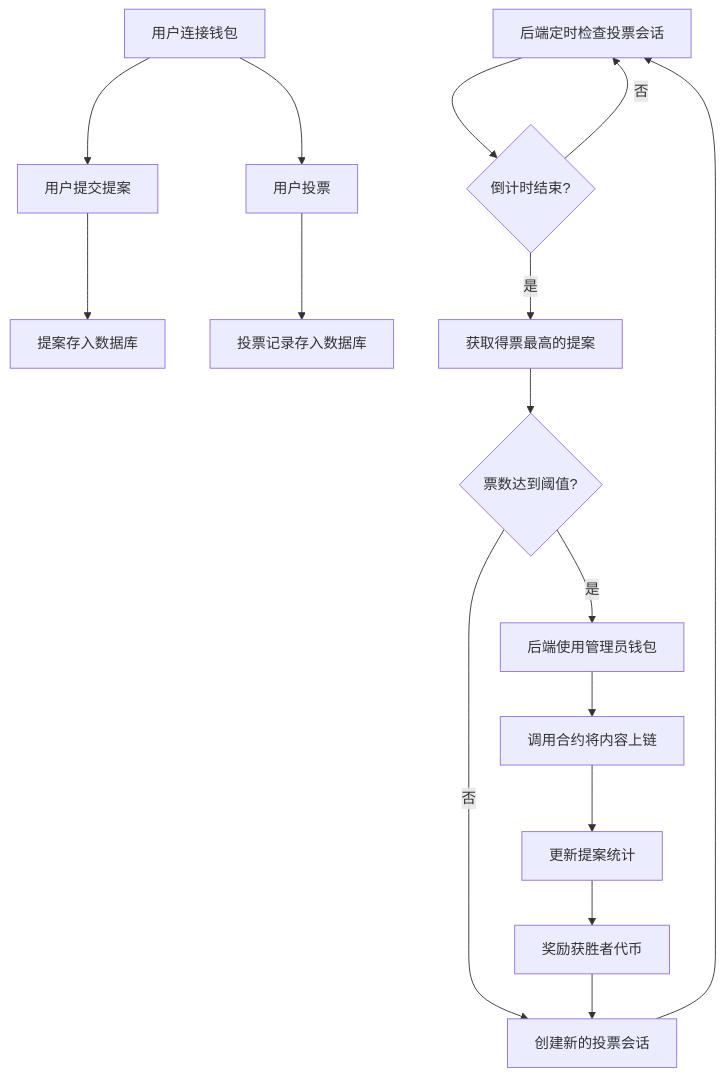
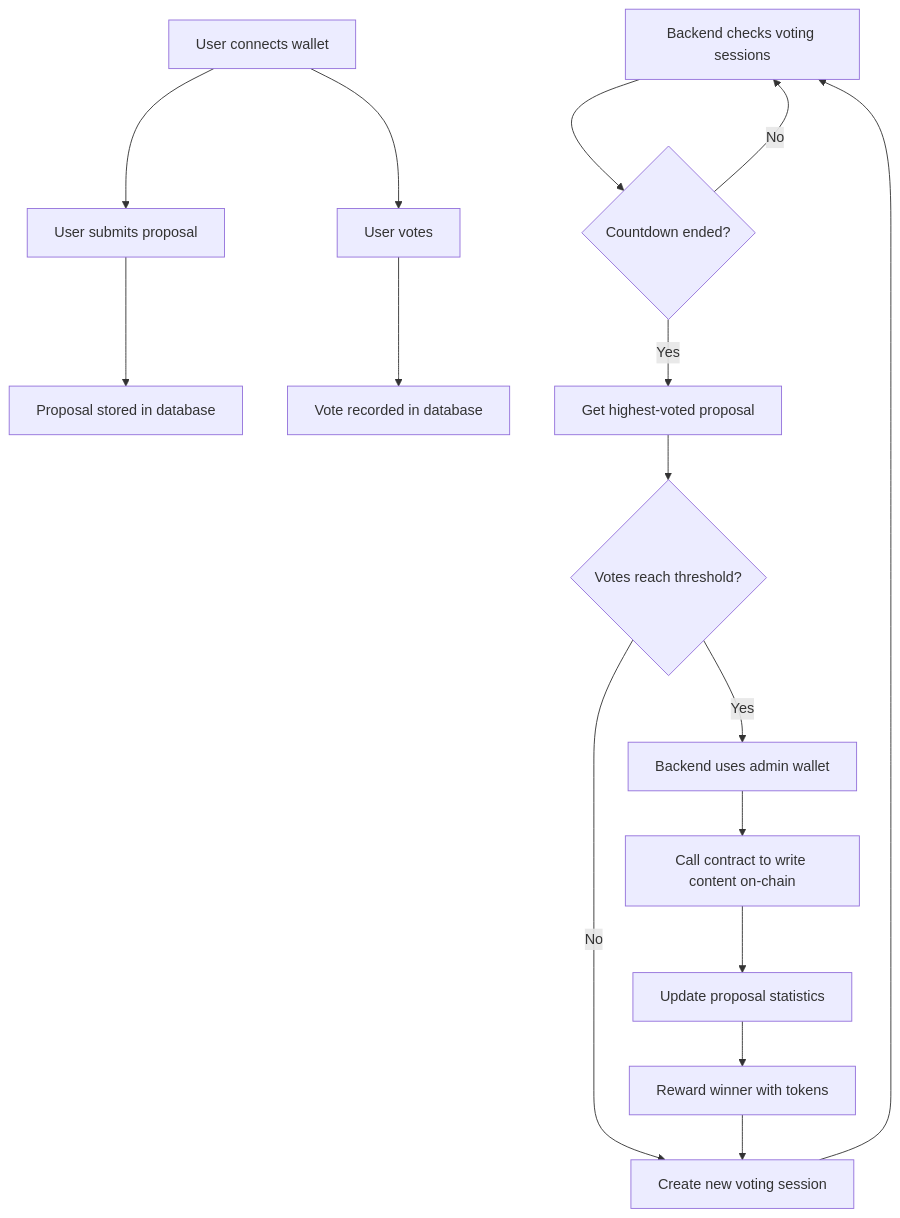
The first of 2 diagrams in README.md (DudeGuuud/NarrFlow-Web3), drawn with Mermaid before and after one commit. The commit also changed other lines of this file and 6 other files, not shown here.

````diff
--- a/README.md
+++ b/README.md
@@ -48,18 +50,18 @@
 ```mermaid
 flowchart TD
-    A[用户连接钱包] --> B[用户提交提案]
-    B --> C[提案存入数据库]
-    A --> D[用户投票]
-    D --> E[投票记录存入数据库]
-    F[后端定时检查投票会话] --> G{倒计时结束?}
-    G -->|否| F
-    G -->|是| H[获取得票最高的提案]
-    H --> I{票数达到阈值?}
-    I -->|否| J[创建新的投票会话]
-    I -->|是| K[后端使用管理员钱包]
-    K --> L[调用合约将内容上链]
-    L --> M[更新提案统计]
-    M --> N[奖励获胜者代币]
+    A[User connects wallet] --> B[User submits proposal]
+    B --> C[Proposal stored in database]
+    A --> D[User votes]
+    D --> E[Vote recorded in database]
+    F[Backend checks voting sessions] --> G{Countdown ended?}
+    G -->|No| F
+    G -->|Yes| H[Get highest-voted proposal]
+    H --> I{Votes reach threshold?}
+    I -->|No| J[Create new voting session]
+    I -->|Yes| K[Backend uses admin wallet]
+    K --> L[Call contract to write content on-chain]
+    L --> M[Update proposal statistics]
+    M --> N[Reward winner with tokens]
     N --> J
     J --> F
 ```
````
